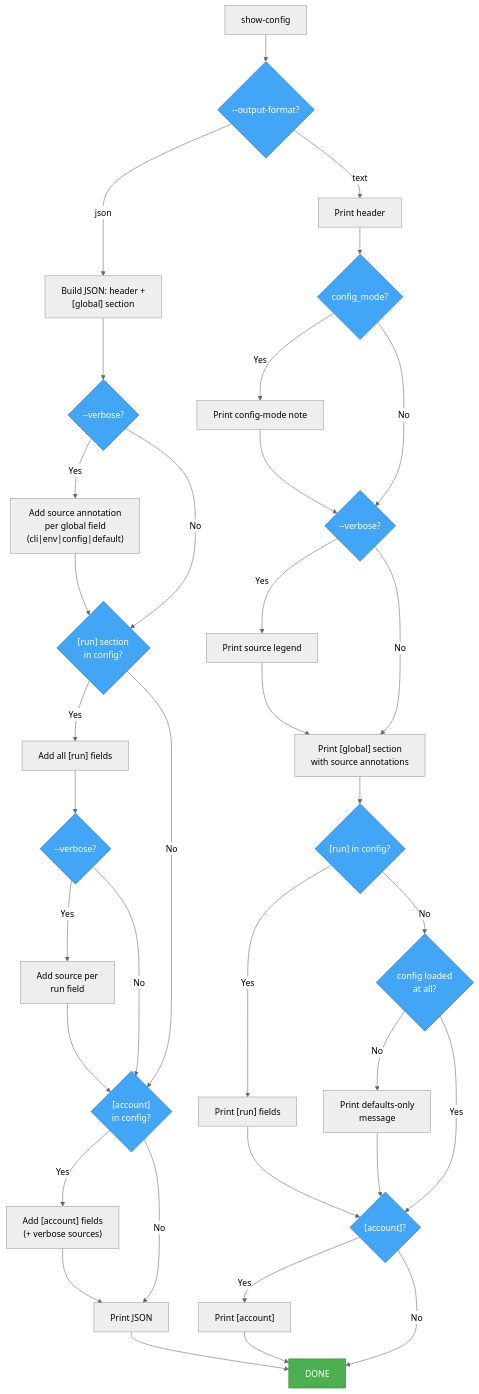
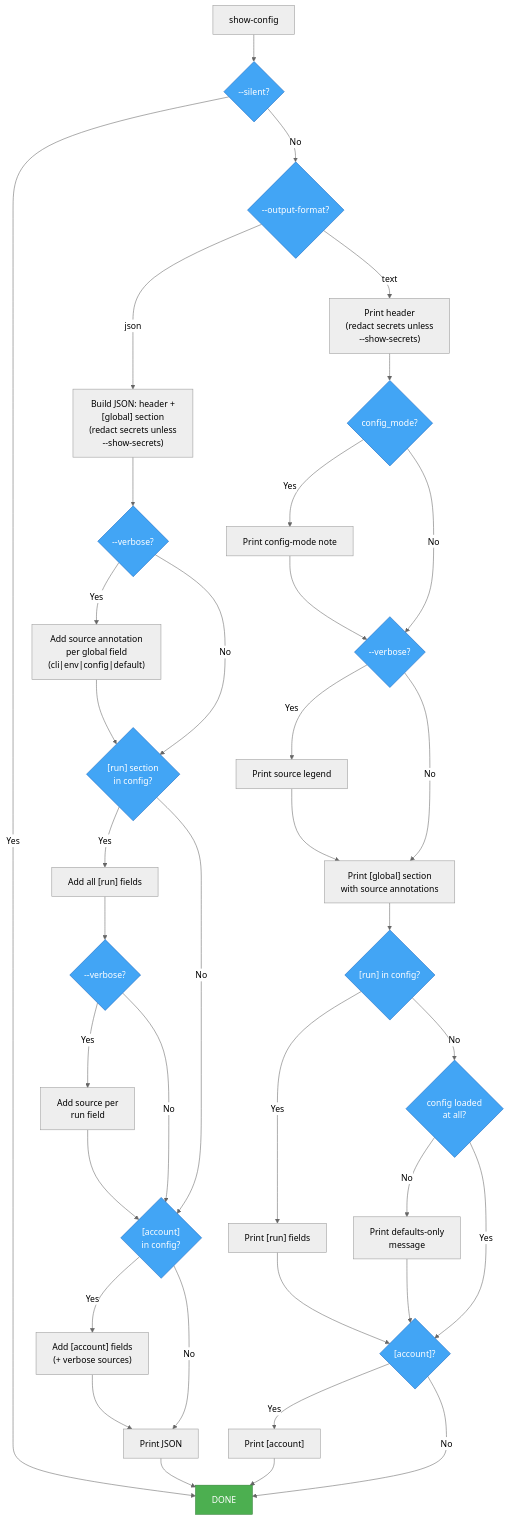
Before and after one commit to andrico21/acme-client-rs: the fourth of 8 diagrams in PARAMETER-FLOW.md, drawn with Mermaid (neutral theme). The commit also changed other lines of this file, not shown here.

````diff
--- a/PARAMETER-FLOW.md
+++ b/PARAMETER-FLOW.md
@@ -285,46 +324,48 @@
 ```mermaid
 graph TD
-    SC["show-config"] --> SC_FMT{"--output-format?"}
+    SC["show-config"] --> SC_SILENT{"--silent?"}
+    SC_SILENT -- Yes --> SC_DONE["DONE"]
+    SC_SILENT -- No --> SC_FMT{"--output-format?"}
 
     %% JSON path
-    SC_FMT -- json --> SC_J_HDR["Build JSON: header +<br/>[global] section"]
+    SC_FMT -- json --> SC_J_HDR["Build JSON: header +<br/>[global] section<br/>(redact secrets unless<br/>--show-secrets)"]
     SC_J_HDR --> SC_J_V1{"--verbose?"}
     SC_J_V1 -- Yes --> SC_J_SRC1["Add source annotation<br/>per global field<br/>(cli|env|config|default)"]
     SC_J_V1 -- No --> SC_J_RUN
     SC_J_SRC1 --> SC_J_RUN{"[run] section<br/>in config?"}
     SC_J_RUN -- Yes --> SC_J_RUN_ADD["Add all [run] fields"]
     SC_J_RUN -- No --> SC_J_ACCT
     SC_J_RUN_ADD --> SC_J_V2{"--verbose?"}
     SC_J_V2 -- Yes --> SC_J_SRC2["Add source per<br/>run field"]
     SC_J_V2 -- No --> SC_J_ACCT
     SC_J_SRC2 --> SC_J_ACCT{"[account]<br/>in config?"}
     SC_J_ACCT -- Yes --> SC_J_ACCT_ADD["Add [account] fields<br/>(+ verbose sources)"]
     SC_J_ACCT -- No --> SC_PRINT
     SC_J_ACCT_ADD --> SC_PRINT["Print JSON"]
 
     %% Text path
-    SC_FMT -- text --> SC_T_HDR["Print header"]
+    SC_FMT -- text --> SC_T_HDR["Print header<br/>(redact secrets unless<br/>--show-secrets)"]
     SC_T_HDR --> SC_T_CM{"config_mode?"}
     SC_T_CM -- Yes --> SC_T_MODE["Print config-mode note"]
     SC_T_CM -- No --> SC_T_V
     SC_T_MODE --> SC_T_V{"--verbose?"}
     SC_T_V -- Yes --> SC_T_SRC["Print source legend"]
     SC_T_V -- No --> SC_T_GLOBAL
     SC_T_SRC --> SC_T_GLOBAL["Print [global] section<br/>with source annotations"]
     SC_T_GLOBAL --> SC_T_RUN{"[run] in config?"}
     SC_T_RUN -- Yes --> SC_T_RUN_P["Print [run] fields"]
     SC_T_RUN -- No --> SC_T_NORUN{"config loaded<br/>at all?"}
     SC_T_NORUN -- No --> SC_T_DEF["Print defaults-only<br/>message"]
     SC_T_NORUN -- Yes --> SC_T_ACCT
     SC_T_RUN_P --> SC_T_ACCT{"[account]?"}
     SC_T_DEF --> SC_T_ACCT
     SC_T_ACCT -- Yes --> SC_T_ACCT_P["Print [account]"]
     SC_T_ACCT -- No --> SC_DONE["DONE"]
     SC_T_ACCT_P --> SC_DONE
     SC_PRINT --> SC_DONE
 
     classDef success fill:#4caf50,color:white,stroke:#2e7d32
     classDef decision fill:#42a5f5,color:white,stroke:#1565c0
     class SC_DONE success
-    class SC_FMT,SC_J_V1,SC_J_V2,SC_J_RUN,SC_J_ACCT,SC_T_CM,SC_T_V,SC_T_RUN,SC_T_NORUN,SC_T_ACCT decision
+    class SC_SILENT,SC_FMT,SC_J_V1,SC_J_V2,SC_J_RUN,SC_J_ACCT,SC_T_CM,SC_T_V,SC_T_RUN,SC_T_NORUN,SC_T_ACCT decision
 ```
````
